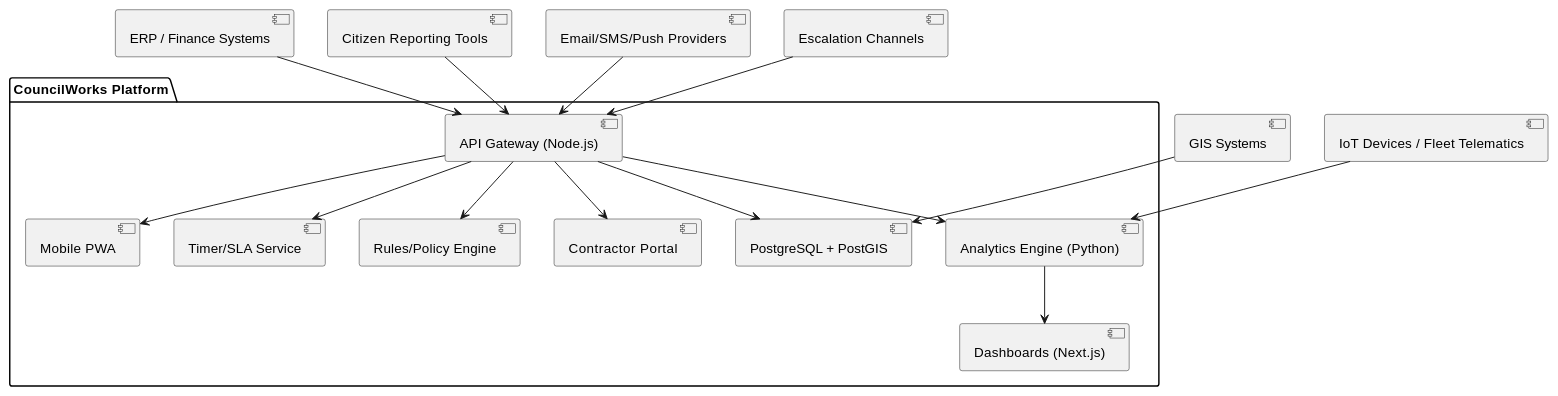
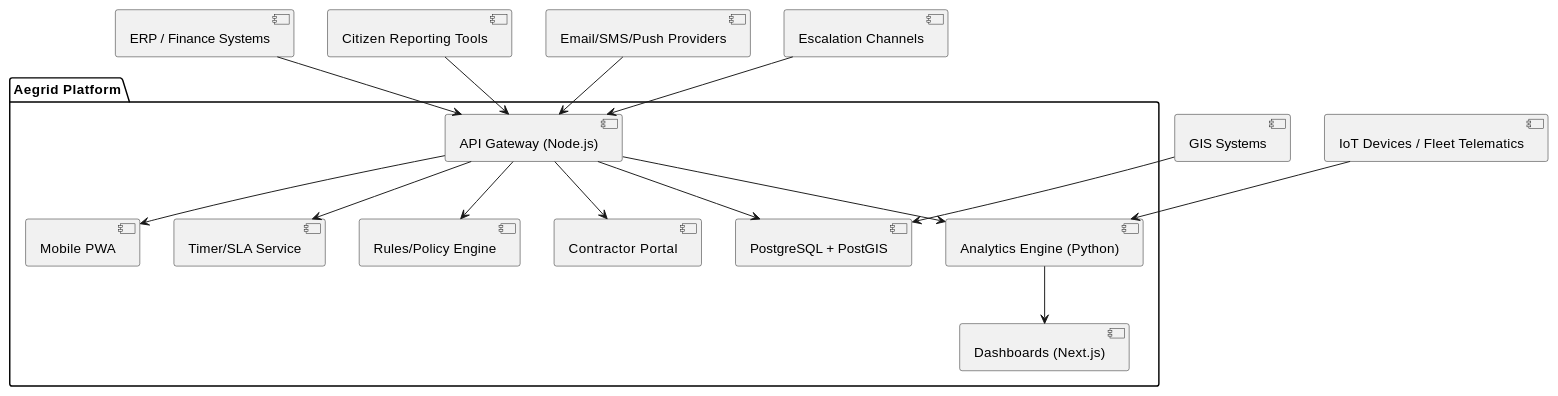
Before and after one commit to Duds/CouncilWorks: the first of 2 diagrams in docs/architecture/SAD.md, drawn with PlantUML. The commit also changed other lines of this file and 104 other files, not shown here.

First line of the commit message:
feat: rebrand from CouncilWorks to Aegrid

````diff
--- a/docs/architecture/SAD.md
+++ b/docs/architecture/SAD.md
@@ -97,20 +97,20 @@
 ```puml
 @startuml
-package "CouncilWorks Platform" {
+package "Aegrid Platform" {
   [API Gateway (Node.js)] --> [PostgreSQL + PostGIS]
   [API Gateway (Node.js)] --> [Analytics Engine (Python)]
   [Analytics Engine (Python)] --> [Dashboards (Next.js)]
   [API Gateway (Node.js)] --> [Mobile PWA]
   [API Gateway (Node.js)] --> [Timer/SLA Service]
   [API Gateway (Node.js)] --> [Rules/Policy Engine]
   [API Gateway (Node.js)] --> [Contractor Portal]
 }
 
 [ERP / Finance Systems] --> [API Gateway (Node.js)]
 [Citizen Reporting Tools] --> [API Gateway (Node.js)]
 [GIS Systems] --> [PostgreSQL + PostGIS]
 [IoT Devices / Fleet Telematics] --> [Analytics Engine (Python)]
 [Email/SMS/Push Providers] --> [API Gateway (Node.js)]
 [Escalation Channels] --> [API Gateway (Node.js)]
 @enduml
 ```
````
